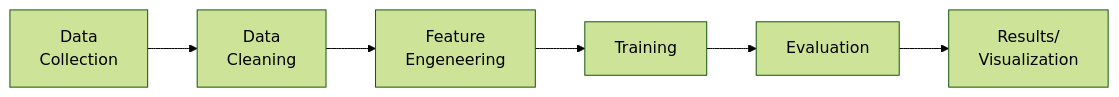
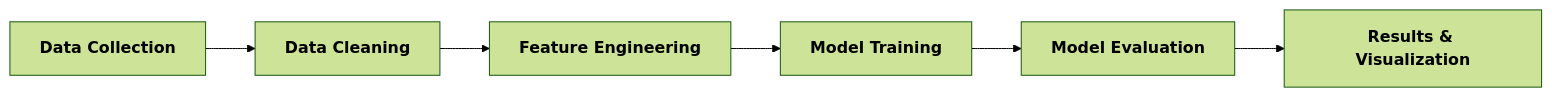
One commit to MarcoZengg/predicting-stock-direction changed the diagram in README.md. Above: the diagram before and after it, drawn with Mermaid (forest theme). The commit also changed other lines of this file, not shown here.

````diff
--- a/README.md
+++ b/README.md
@@ -92,12 +106,9 @@
 ```mermaid
 flowchart LR
-  data["Data 
-  Collection"] --> cleaning["Data 
-  Cleaning"]
-  cleaning --> features["Feature 
-  Engeneering"]
-  features --> models["Training"]
-  models --> evaluation["Evaluation"]
-  evaluation --> results["Results/
-  Visualization"]
+  data["<b>Data Collection</b>"]
+    --> cleaning["<b>Data Cleaning</b>"]
+    --> features["<b>Feature Engineering</b>"]
+    --> models["<b>Model Training</b>"]
+    --> evaluation["<b>Model Evaluation</b>"]
+    --> results["<b>Results & Visualization</b>"]
 ```
````
